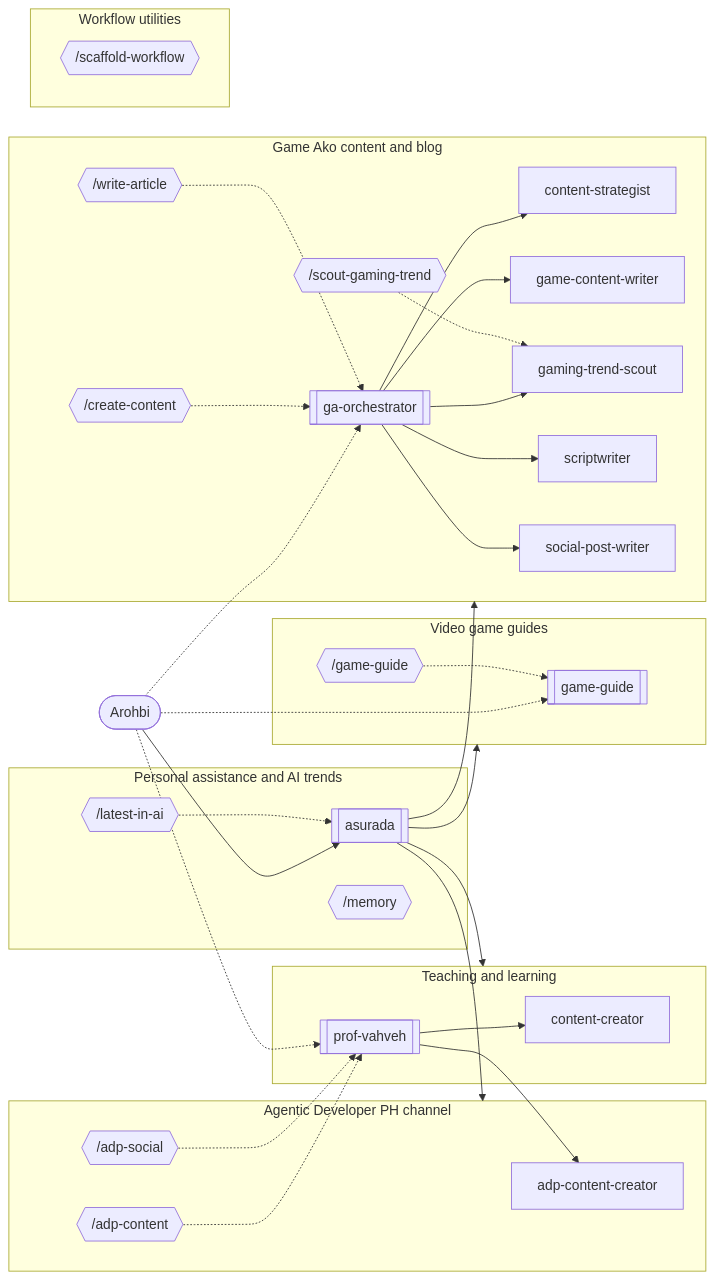
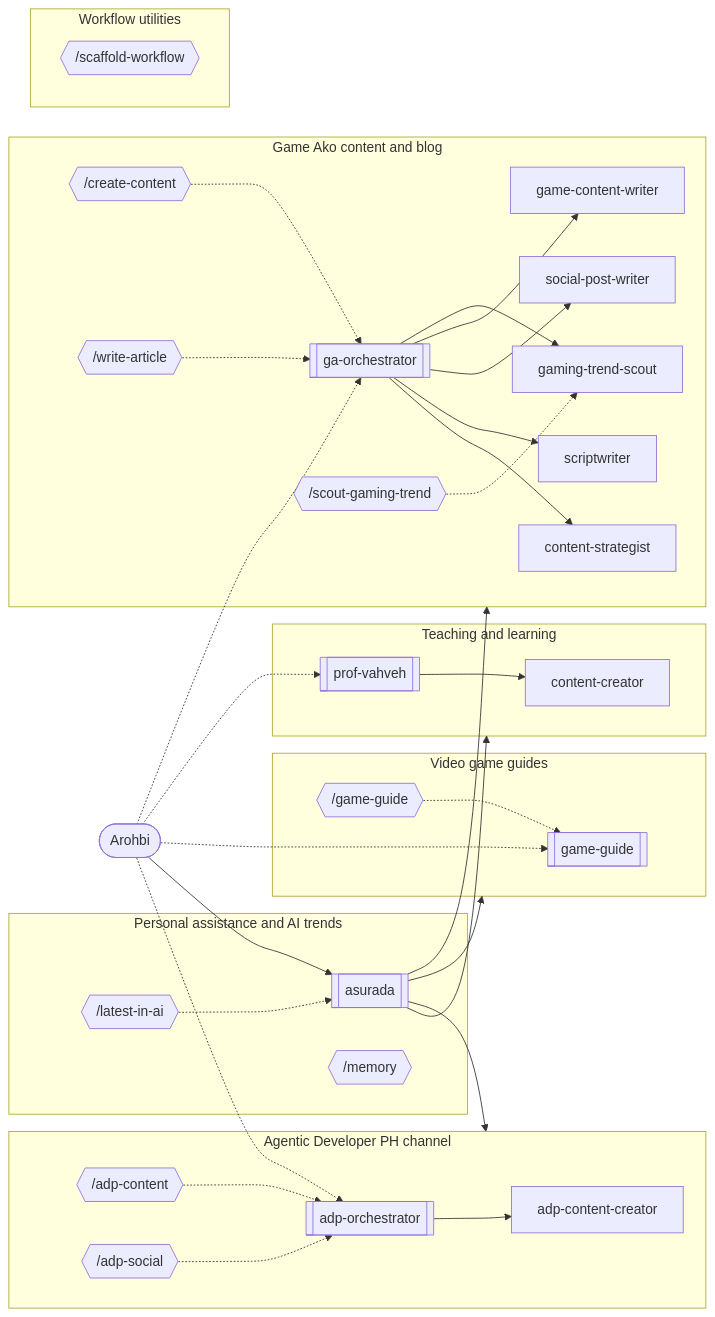
One commit to Game-Ako-Production/Personal-Agentic-Workflow changed the diagram in README.md. Above: the diagram before and after it, drawn with Mermaid. The commit also changed other lines of this file and 66 other files, not shown here.

````diff
--- a/README.md
+++ b/README.md
@@ -20,58 +22,60 @@
 ```mermaid
 flowchart LR
   user([Arohbi])
   subgraph domain_personal["Personal assistance and AI trends"]
     asurada[[asurada]]
     cmd_latest_in_ai{{"/latest-in-ai"}}
     cmd_memory{{"/memory"}}
   end
   subgraph domain_teaching["Teaching and learning"]
     content_creator[content-creator]
     prof_vahveh[[prof-vahveh]]
   end
   subgraph domain_agentic_developer_ph["Agentic Developer PH channel"]
     adp_content_creator[adp-content-creator]
+    adp_orchestrator[[adp-orchestrator]]
     cmd_adp_content{{"/adp-content"}}
     cmd_adp_social{{"/adp-social"}}
   end
   subgraph domain_game_guide["Video game guides"]
     game_guide[[game-guide]]
     cmd_game_guide{{"/game-guide"}}
   end
   subgraph domain_game_ako["Game Ako content and blog"]
     content_strategist[content-strategist]
     ga_orchestrator[[ga-orchestrator]]
     game_content_writer[game-content-writer]
     gaming_trend_scout[gaming-trend-scout]
     scriptwriter[scriptwriter]
     social_post_writer[social-post-writer]
     cmd_create_content{{"/create-content"}}
     cmd_scout_gaming_trend{{"/scout-gaming-trend"}}
     cmd_write_article{{"/write-article"}}
   end
   subgraph domain_utility["Workflow utilities"]
     cmd_scaffold_workflow{{"/scaffold-workflow"}}
   end
   user --> asurada
+  user -.-> adp_orchestrator
   user -.-> ga_orchestrator
   user -.-> game_guide
   user -.-> prof_vahveh
+  adp_orchestrator --> adp_content_creator
   asurada --> domain_teaching
   asurada --> domain_agentic_developer_ph
   asurada --> domain_game_guide
   asurada --> domain_game_ako
   ga_orchestrator --> content_strategist
   ga_orchestrator --> scriptwriter
   ga_orchestrator --> social_post_writer
   ga_orchestrator --> game_content_writer
   ga_orchestrator --> gaming_trend_scout
   prof_vahveh --> content_creator
-  prof_vahveh --> adp_content_creator
-  cmd_adp_content -.-> prof_vahveh
-  cmd_adp_social -.-> prof_vahveh
+  cmd_adp_content -.-> adp_orchestrator
+  cmd_adp_social -.-> adp_orchestrator
   cmd_create_content -.-> ga_orchestrator
   cmd_game_guide -.-> game_guide
   cmd_latest_in_ai -.-> asurada
   cmd_scout_gaming_trend -.-> gaming_trend_scout
   cmd_write_article -.-> ga_orchestrator
 ```
````
